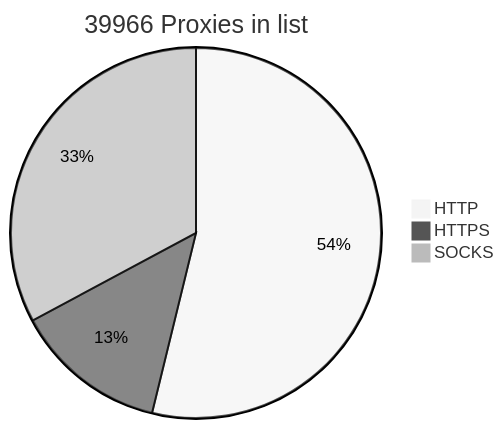
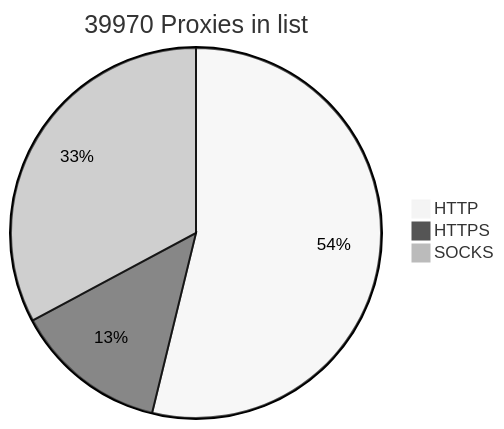
Before and after one commit to BlackSnowDot/proxylist-update-every-minute: the diagram in README.md, drawn with Mermaid (neutral theme).

````diff
--- a/README.md
+++ b/README.md
@@ -2,6 +2,6 @@
 ```mermaid
-pie title 39966 Proxies in list
-    "HTTP" : 23951
-    "HTTPS": 5946
+pie title 39970 Proxies in list
+    "HTTP" : 23953
+    "HTTPS": 5951
     "SOCKS" : 14609
 ```
````
